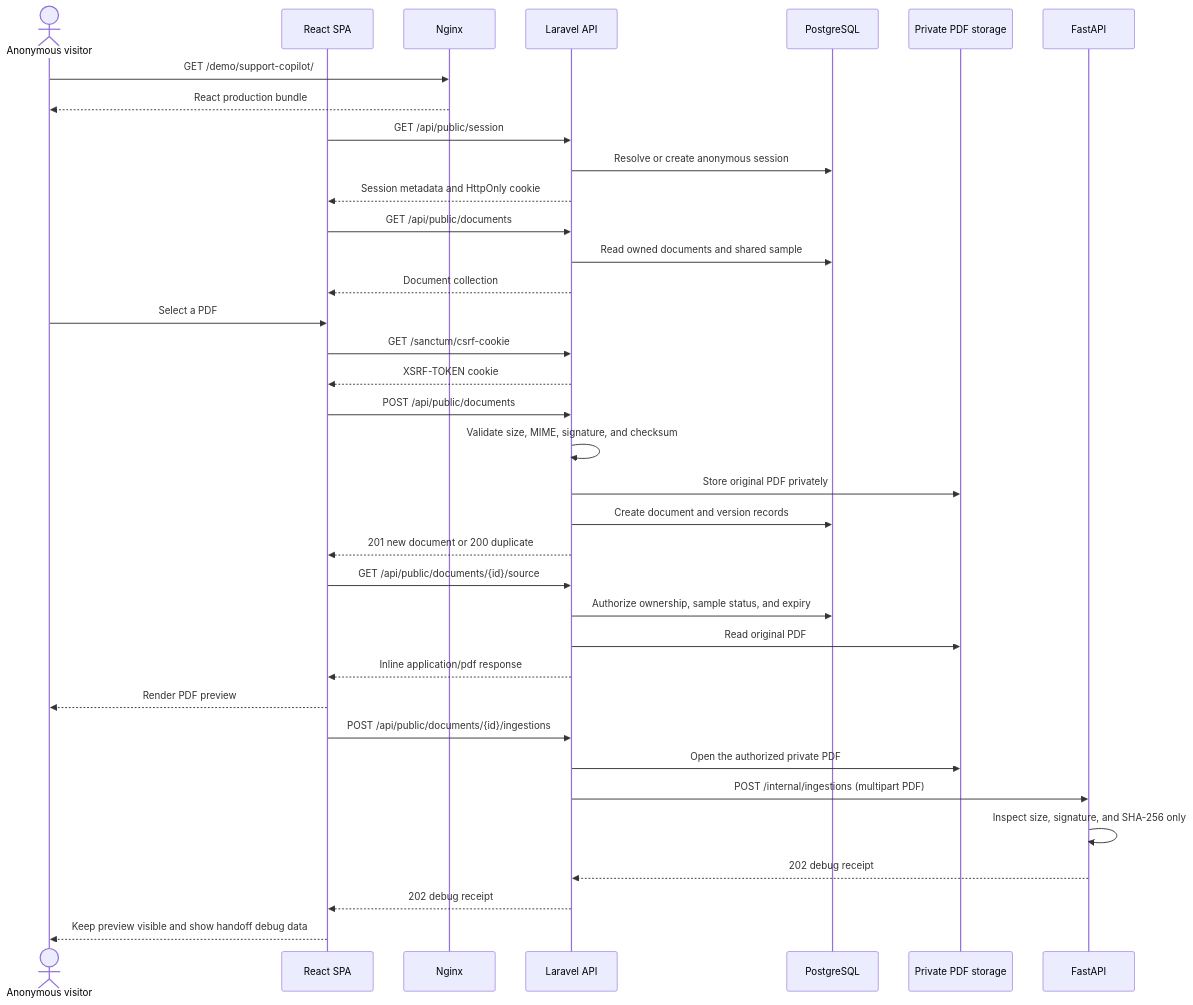
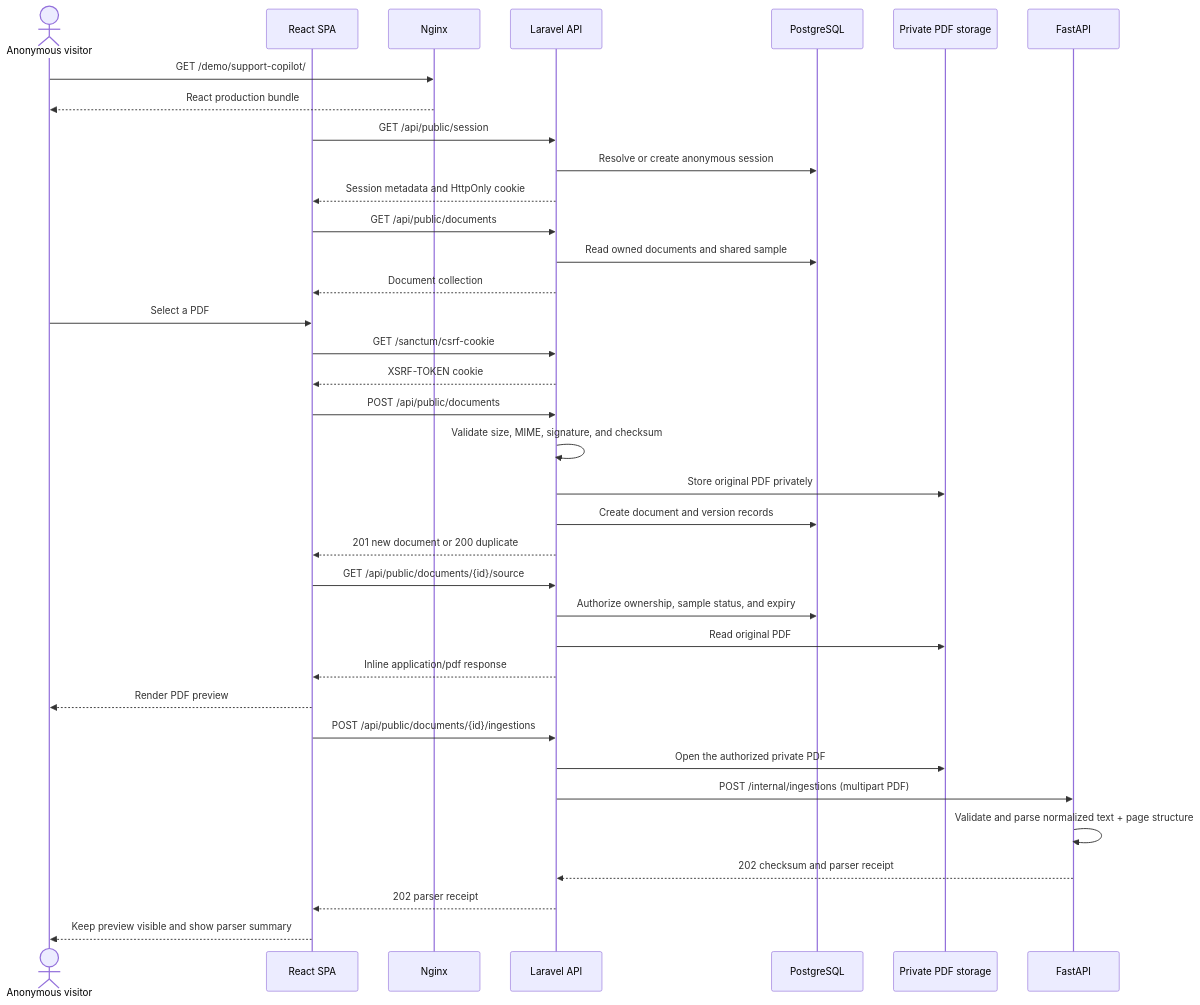
The first of 2 diagrams in SERVICES_AND_REQUEST_FLOW.md (sangcnt/support-copilot), drawn with Mermaid before and after one commit. The commit also changed other lines of this file and 14 other files, not shown here.

Commit message:
parse PDF text and structural metadata

````diff
--- a/SERVICES_AND_REQUEST_FLOW.md
+++ b/SERVICES_AND_REQUEST_FLOW.md
@@ -231,39 +232,39 @@
 ```mermaid
 sequenceDiagram
     actor User as Anonymous visitor
     participant UI as React SPA
     participant Nginx
     participant API as Laravel API
     participant DB as PostgreSQL
     participant Files as Private PDF storage
     participant AI as FastAPI
 
     User->>Nginx: GET /demo/support-copilot/
     Nginx-->>User: React production bundle
     UI->>API: GET /api/public/session
     API->>DB: Resolve or create anonymous session
     API-->>UI: Session metadata and HttpOnly cookie
     UI->>API: GET /api/public/documents
     API->>DB: Read owned documents and shared sample
     API-->>UI: Document collection
     User->>UI: Select a PDF
     UI->>API: GET /sanctum/csrf-cookie
     API-->>UI: XSRF-TOKEN cookie
     UI->>API: POST /api/public/documents
     API->>API: Validate size, MIME, signature, and checksum
     API->>Files: Store original PDF privately
     API->>DB: Create document and version records
     API-->>UI: 201 new document or 200 duplicate
     UI->>API: GET /api/public/documents/{id}/source
     API->>DB: Authorize ownership, sample status, and expiry
     API->>Files: Read original PDF
     API-->>UI: Inline application/pdf response
     UI-->>User: Render PDF preview
     UI->>API: POST /api/public/documents/{id}/ingestions
     API->>Files: Open the authorized private PDF
     API->>AI: POST /internal/ingestions (multipart PDF)
-    AI->>AI: Inspect size, signature, and SHA-256 only
-    AI-->>API: 202 debug receipt
-    API-->>UI: 202 debug receipt
-    UI-->>User: Keep preview visible and show handoff debug data
+    AI->>AI: Validate and parse normalized text + page structure
+    AI-->>API: 202 checksum and parser receipt
+    API-->>UI: 202 parser receipt
+    UI-->>User: Keep preview visible and show parser summary
 ```
````
